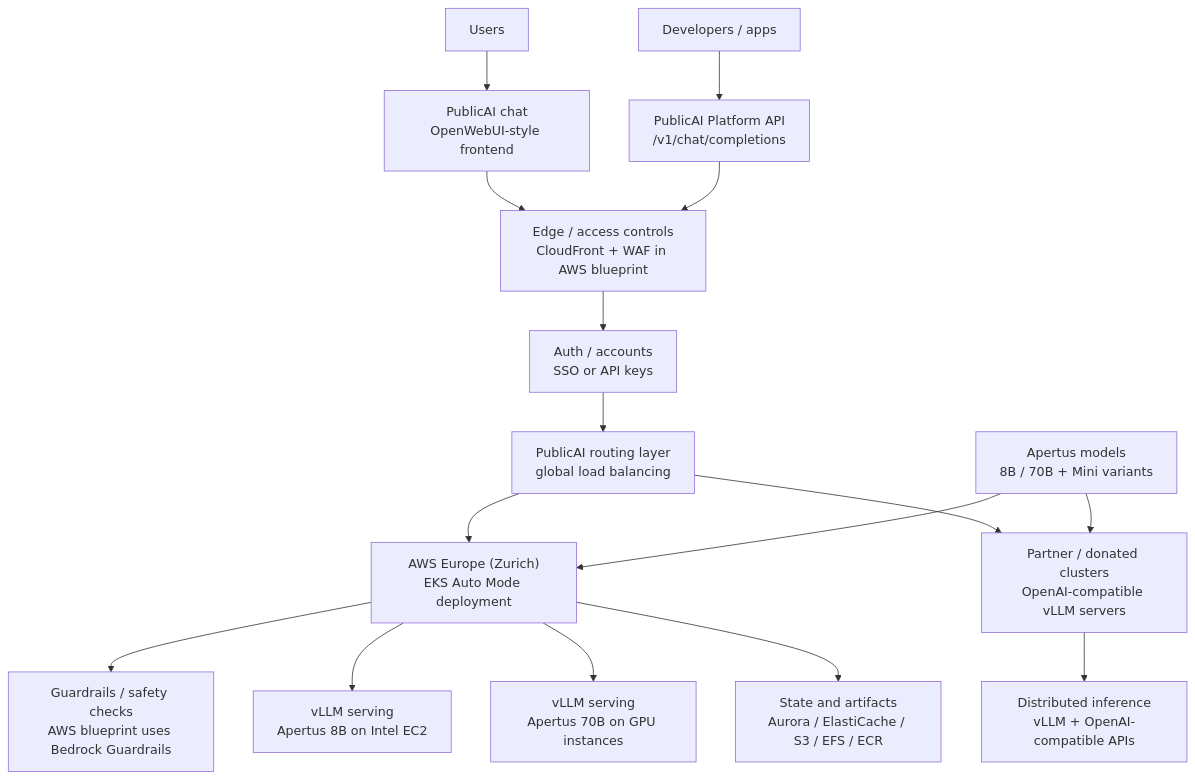
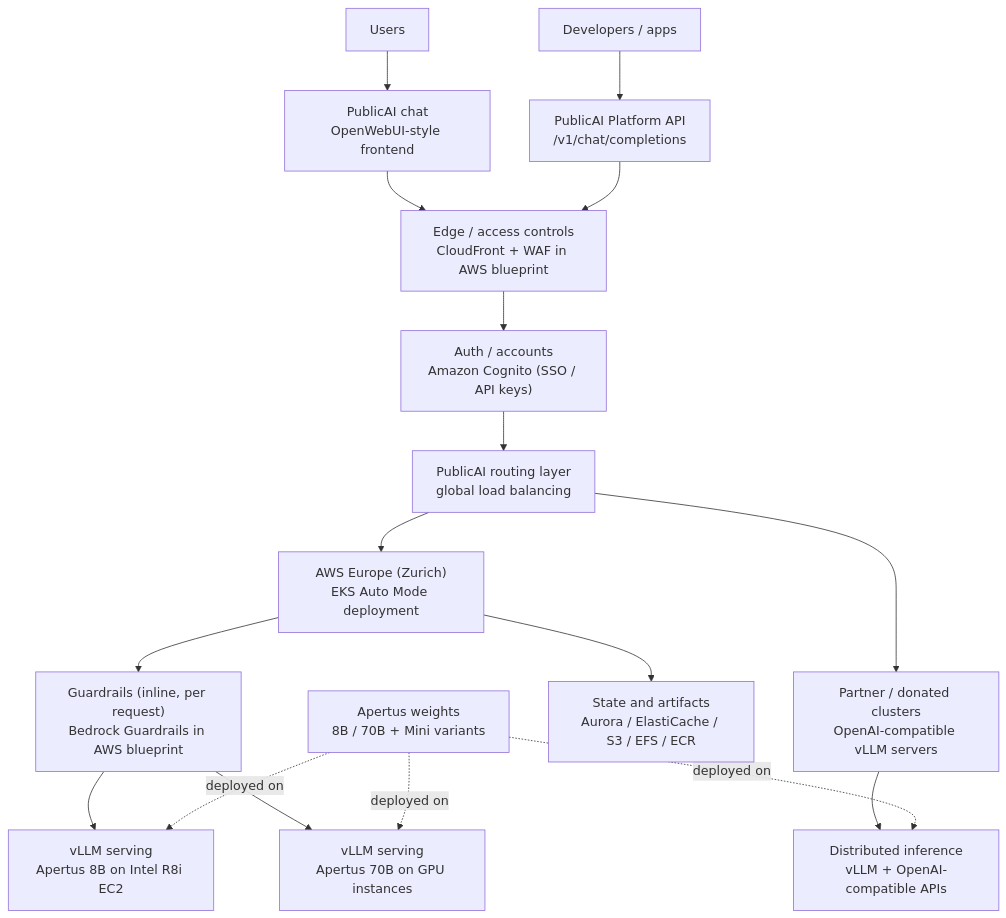
Before and after one commit to robertschaub/our-ai-charter: the first of 2 diagrams in docs/Public AI Network/Strategy/federated-public-compute-architecture.md, drawn with Mermaid. The commit also changed other lines of this file and 1 other file, not shown here.

First line of the commit message:
docs(compute): model-plural/neutral network, Apertus-anchored Swiss pilot

````diff
--- a/docs/Public AI Network/Strategy/federated-public-compute-architecture.md
+++ b/docs/Public AI Network/Strategy/federated-public-compute-architecture.md
@@ -85,18 +85,19 @@
 ```mermaid
 flowchart TB
   U["Users"] --> C["PublicAI chat<br/>OpenWebUI-style frontend"]
   D["Developers / apps"] --> API["PublicAI Platform API<br/>/v1/chat/completions"]
   C --> EDGE["Edge / access controls<br/>CloudFront + WAF in AWS blueprint"]
   API --> EDGE
-  EDGE --> AUTH["Auth / accounts<br/>SSO or API keys"]
+  EDGE --> AUTH["Auth / accounts<br/>Amazon Cognito (SSO / API keys)"]
   AUTH --> ROUTER["PublicAI routing layer<br/>global load balancing"]
   ROUTER --> AWS["AWS Europe (Zurich)<br/>EKS Auto Mode deployment"]
   ROUTER --> PARTNER["Partner / donated clusters<br/>OpenAI-compatible vLLM servers"]
-  APERTUS["Apertus models<br/>8B / 70B + Mini variants"] --> AWS
-  APERTUS --> PARTNER
-  AWS --> GUARD["Guardrails / safety checks<br/>AWS blueprint uses Bedrock Guardrails"]
-  AWS --> V8["vLLM serving<br/>Apertus 8B on Intel EC2"]
-  AWS --> V70["vLLM serving<br/>Apertus 70B on GPU instances"]
+  AWS --> GUARD["Guardrails (inline, per request)<br/>Bedrock Guardrails in AWS blueprint"]
+  GUARD --> V8["vLLM serving<br/>Apertus 8B on Intel R8i EC2"]
+  GUARD --> V70["vLLM serving<br/>Apertus 70B on GPU instances"]
   AWS --> STATE["State and artifacts<br/>Aurora / ElastiCache / S3 / EFS / ECR"]
   PARTNER --> PVLLM["Distributed inference<br/>vLLM + OpenAI-compatible APIs"]
+  APERTUS["Apertus weights<br/>8B / 70B + Mini variants"] -.->|deployed on| V8
+  APERTUS -.->|deployed on| V70
+  APERTUS -.->|deployed on| PVLLM
 ```
````
